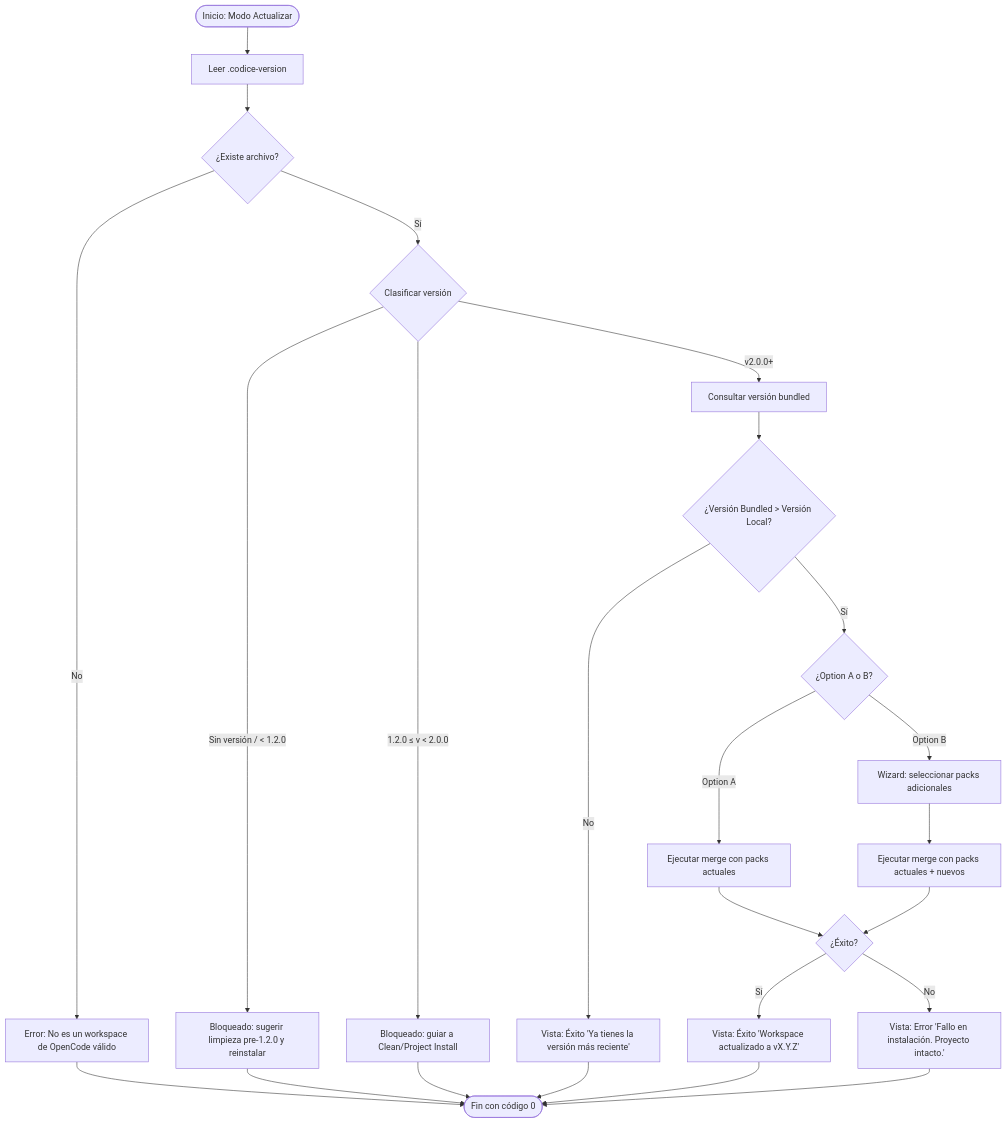
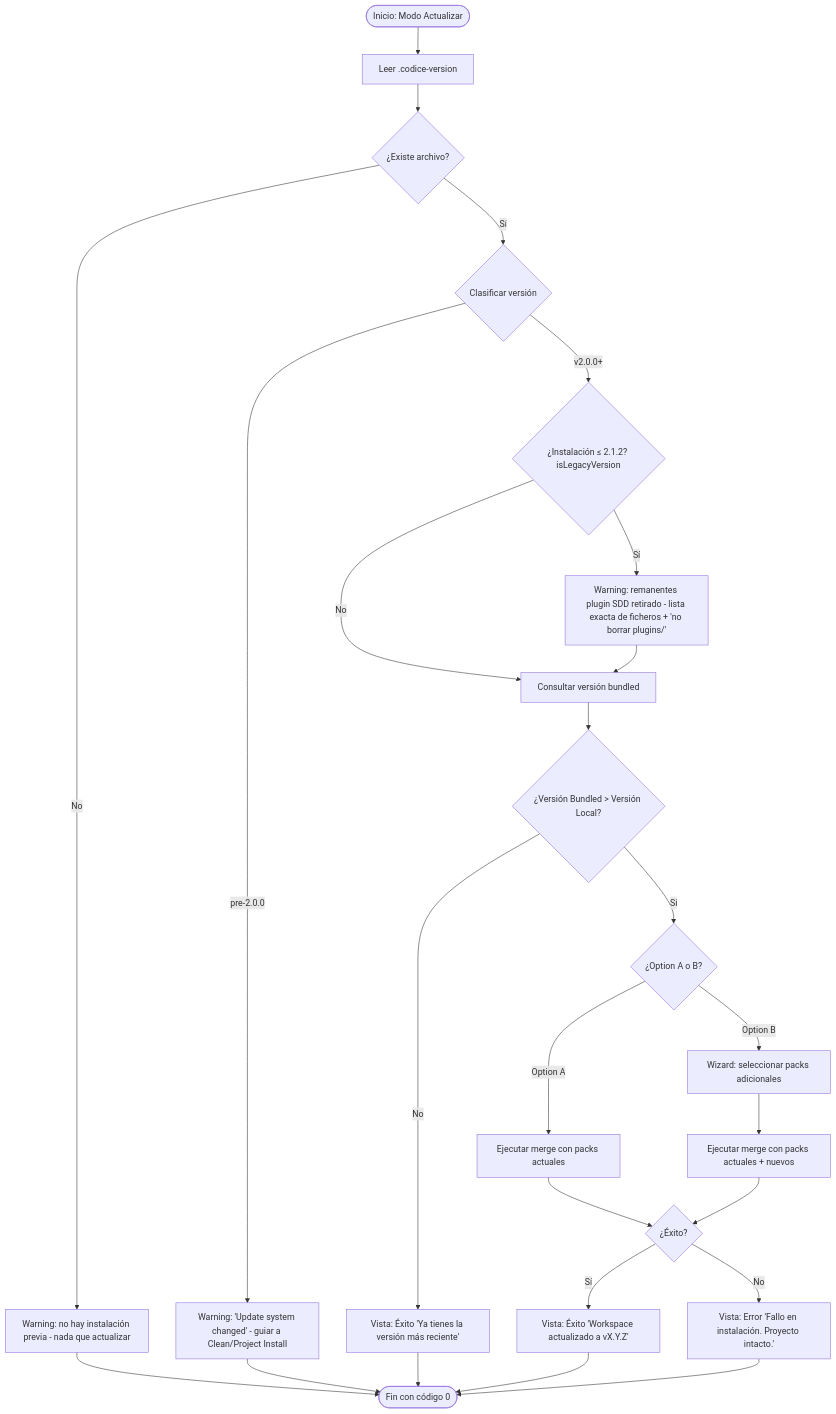
Before and after one commit to Fisherk2/codice-opencode: the second of 9 diagrams in docs/APPFLOW.md, drawn with Mermaid. The commit also changed other lines of this file and 88 other files, not shown here.

````diff
--- a/docs/APPFLOW.md
+++ b/docs/APPFLOW.md
@@ -29,26 +33,27 @@
 ```mermaid
 graph TD
     A([Inicio: Modo Actualizar]) --> B[Leer .codice-version]
     B --> C{¿Existe archivo?}
-    C -- No --> D[Error: No es un workspace de OpenCode válido]
-    D --> Z([Fin con código de error 1])
+    C -- No --> D[Warning: no hay instalación previa - nada que actualizar]
+    D --> Z([Fin con código 0])
     C -- Sí --> C2{Clasificar versión}
-    C2 -- Sin versión / < 1.2.0 --> C3[Bloqueado: sugerir limpieza pre-1.2.0 y reinstalar]
-    C3 --> Z
-    C2 -- 1.2.0 ≤ v < 2.0.0 --> C4[Bloqueado: guiar a Clean/Project Install]
+    C2 -- pre-2.0.0 --> C4[Warning: 'Update system changed' - guiar a Clean/Project Install]
     C4 --> Z
-    C2 -- v2.0.0+ --> E[Consultar versión bundled]
+    C2 -- v2.0.0+ --> L{¿Instalación ≤ 2.1.2? isLegacyVersion}
+    L -- Sí --> LW[Warning: remanentes plugin SDD retirado - lista exacta de ficheros + 'no borrar plugins/']
+    L -- No --> E
+    LW --> E[Consultar versión bundled]
     E --> H{¿Versión Bundled > Versión Local?}
     H -- No --> I[Vista: Éxito 'Ya tienes la versión más reciente']
-    I --> Z([Fin con código 0])
+    I --> Z
     H -- Sí --> J2{¿Option A o B?}
     J2 -- Option A --> JA[Ejecutar merge con packs actuales]
     J2 -- Option B --> JB[Wizard: seleccionar packs adicionales]
     JB --> JC[Ejecutar merge con packs actuales + nuevos]
     JA --> M{¿Éxito?}
     JC --> M
     M -- Sí --> N[Vista: Éxito 'Workspace actualizado a vX.Y.Z']
     M -- No --> O[Vista: Error 'Fallo en instalación. Proyecto intacto.']
     N --> Z
     O --> Z
 ```
````
